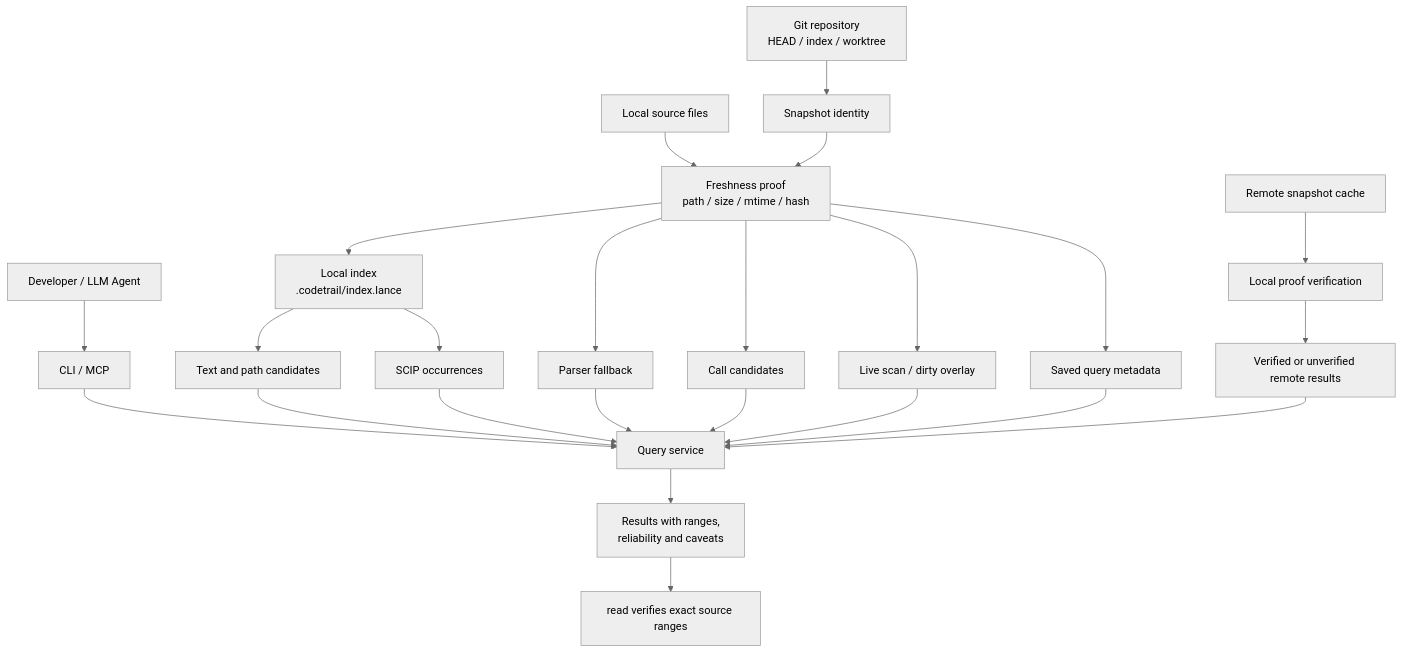
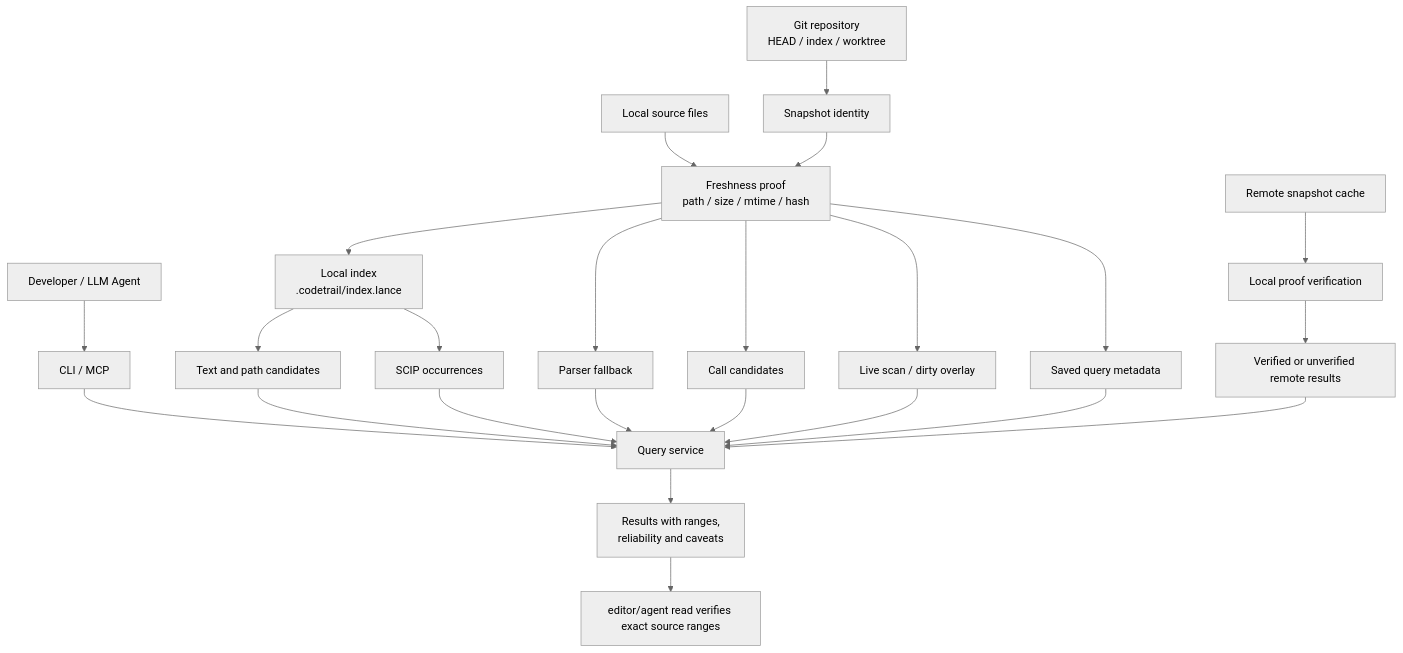
The diagram in README.md (mars167/CodeTrail), drawn with Mermaid (neutral theme) before and after one commit. The commit also changed other lines of this file and 26 other files, not shown here.

````diff
--- a/README.md
+++ b/README.md
@@ -107,31 +106,31 @@
 ```mermaid
 flowchart TB
   User["Developer / LLM Agent"] --> Entry["CLI / MCP"]
   Entry --> Query["Query service"]
 
   Git["Git repository\nHEAD / index / worktree"] --> Snapshot["Snapshot identity"]
   Files["Local source files"] --> Freshness["Freshness proof\npath / size / mtime / hash"]
   Snapshot --> Freshness
 
   Freshness --> Index["Local index\n.codetrail/index.lance"]
   Freshness --> Live["Live scan / dirty overlay"]
   Freshness --> Saved["Saved query metadata"]
   Remote["Remote snapshot cache"] --> Verify["Local proof verification"]
 
   Index --> Text["Text and path candidates"]
   Index --> Occ["SCIP occurrences"]
   Freshness --> Parser["Parser fallback"]
   Freshness --> Graph["Call candidates"]
   Verify --> RemoteResults["Verified or unverified remote results"]
 
   Text --> Query
   Occ --> Query
   Parser --> Query
   Graph --> Query
   Live --> Query
   Saved --> Query
   RemoteResults --> Query
 
   Query --> Output["Results with ranges,\nreliability and caveats"]
-  Output --> Read["read verifies exact source ranges"]
+  Output --> VerifyRange["editor/agent read verifies exact source ranges"]
 ```
````
